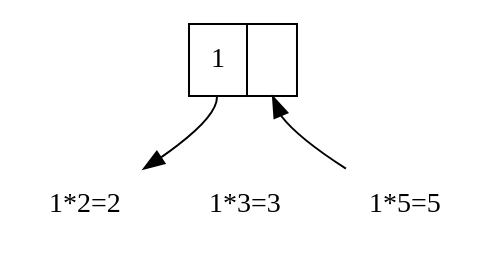
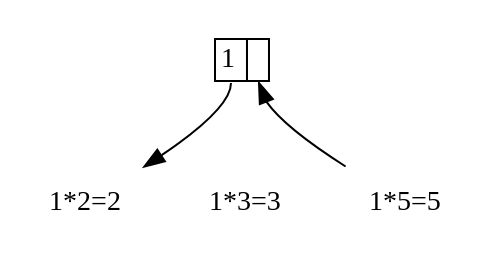
The diagram in others/preface/img/q1.dot (liuxinyu95/AlgoXY), drawn with Graphviz before and after one commit. The commit also changed 7 other files, not shown here.

```diff
--- a/others/preface/img/q1.dot
+++ b/others/preface/img/q1.dot
@@ -1,12 +1,14 @@
 digraph G{
 	margin="0"
-	node[shape=record]
-	n[label="<head> 1|<tail>"];
-	x1[label="1*2=2", shape=none];
-	x2[label="1*3=3", shape=none];
-	x3[label="1*5=5", shape=none];
+	node[shape=plaintext]
+	n[shape=plaintext,
+      label=<<table BORDER="0" CELLBORDER="1" CELLSPACING="0">
+              <tr><td port="head">1</td><td port="tail"> </td></tr></table>>]
+	x1[label="1*2=2", style=filled, color=white];
+	x2[label="1*3=3", style=filled, color=white];
+	x3[label="1*5=5", style=filled, color=white];
 	n:head->x1;
 	x1->x2->x3[style=invis];
 	x3->n:tail;
 	{rank = same; x1; x2; x3}
 }
```
